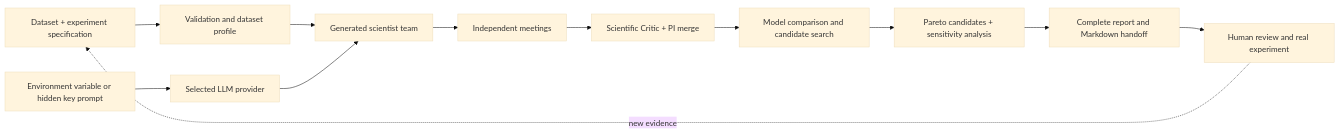
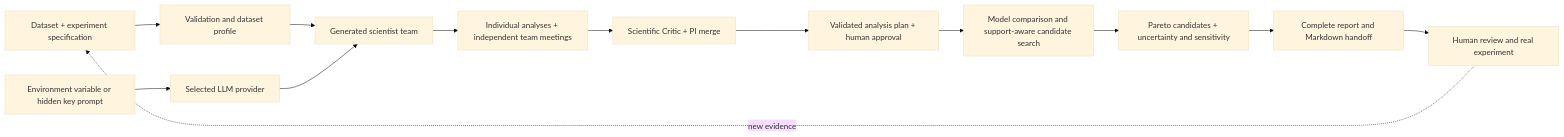
Before and after one commit to HongYu-Wu-Andy/virtual-lab-experiment: the diagram in README.md, drawn with Mermaid (base theme). The commit also changed other lines of this file and 22 other files, not shown here.

````diff
--- a/README.md
+++ b/README.md
@@ -23,14 +23,15 @@
 ```mermaid
 flowchart LR
     A["Dataset + experiment specification"] --> B["Validation and dataset profile"]
     B --> C["Generated scientist team"]
-    C --> D["Independent meetings"]
+    C --> D["Individual analyses + independent team meetings"]
     D --> E["Scientific Critic + PI merge"]
-    E --> F["Model comparison and candidate search"]
-    F --> G["Pareto candidates + sensitivity analysis"]
-    G --> H["Complete report and Markdown handoff"]
-    H --> I["Human review and real experiment"]
-    I -. "new evidence" .-> A
+    E --> F["Validated analysis plan + human approval"]
+    F --> G["Model comparison and support-aware candidate search"]
+    G --> H["Pareto candidates + uncertainty and sensitivity"]
+    H --> I["Complete report and Markdown handoff"]
+    I --> L["Human review and real experiment"]
+    L -. "new evidence" .-> A
     J["Selected LLM provider"] --> C
     K["Environment variable or hidden key prompt"] --> J
 ```
````
